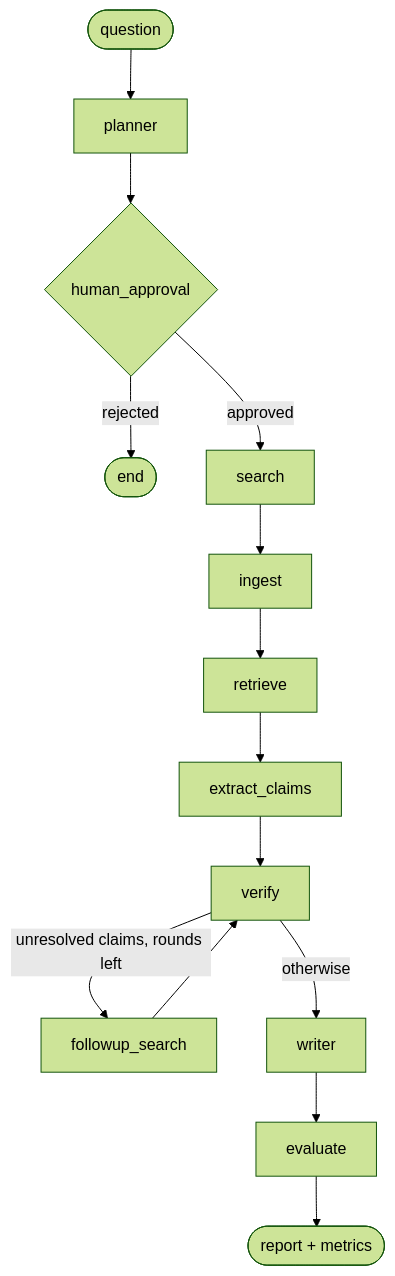
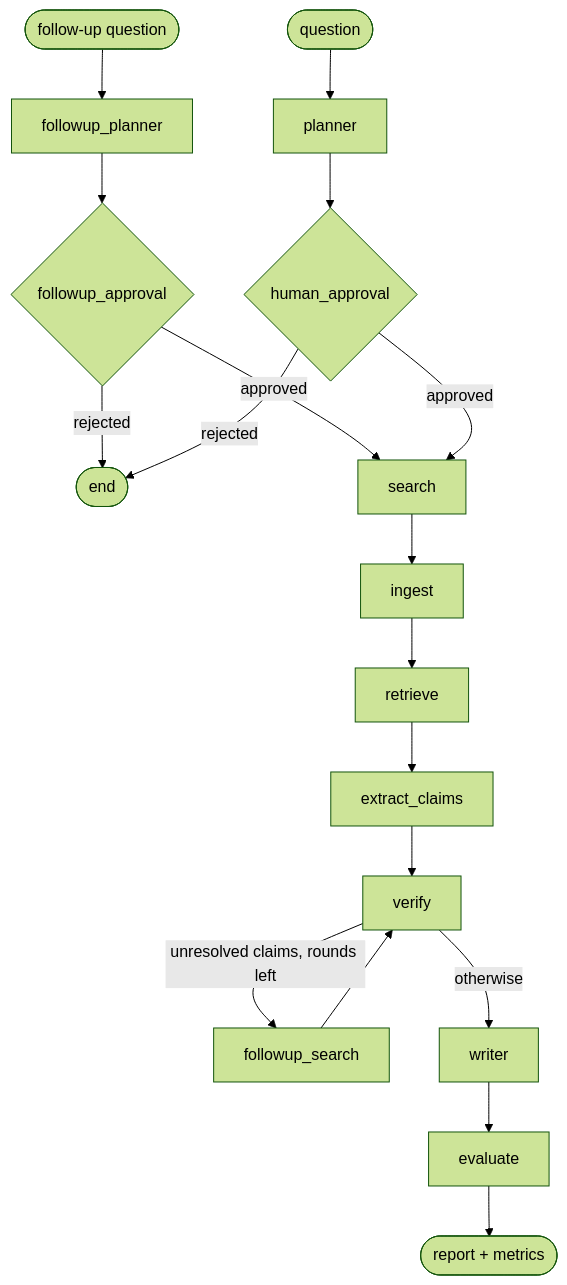
The diagram in docs/architecture.md (SiddYal/research-agent), drawn with Mermaid (forest theme) before and after one commit. The commit also changed other lines of this file and 16 other files, not shown here.

````diff
--- a/docs/architecture.md
+++ b/docs/architecture.md
@@ -5,16 +5,20 @@
 ```mermaid
 graph TD
     start([question]) --> planner
+    ask([follow-up question]) --> fplanner[followup_planner]
+    fplanner --> fapproval{followup_approval}
+    fapproval -- rejected --> stop
+    fapproval -- approved --> search
     planner --> approval{human_approval}
     approval -- rejected --> stop([end])
     approval -- approved --> search
     search --> ingest
     ingest --> retrieve
     retrieve --> extract[extract_claims]
     extract --> verify
     verify -- unresolved claims, rounds left --> followup[followup_search]
     followup --> verify
     verify -- otherwise --> writer
     writer --> evaluate
     evaluate --> done([report + metrics])
 ```
````
